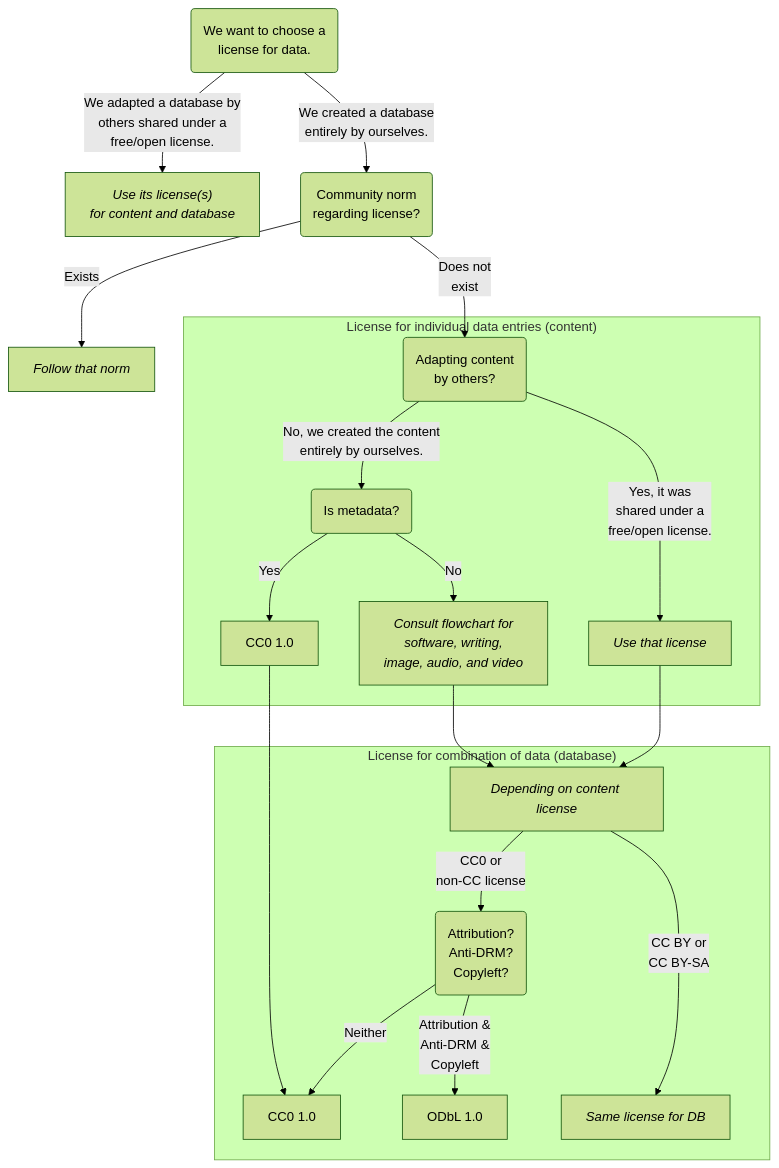
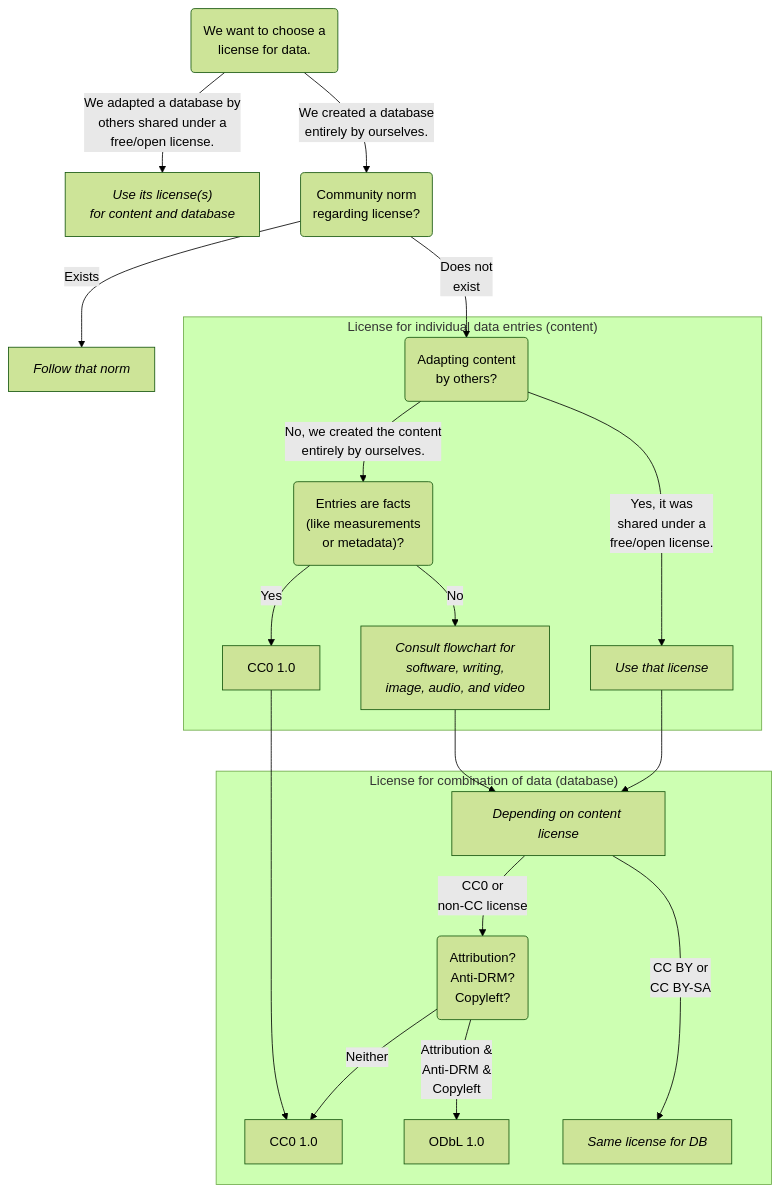
One commit to lmu-osc/code-publishing-short changed the third of 3 diagrams in choose_license.qmd. Above: the diagram before and after it, drawn with Mermaid (forest theme). The commit also changed other lines of this file and 1 other file, not shown here.

````diff
--- a/choose_license.qmd
+++ b/choose_license.qmd
@@ -368,34 +368,34 @@
 ```{mermaid}
 flowchart TB
   start("We want to choose a<br>license for data.") --"We adapted a database by<br>others shared under a<br>free/open license."--> use_existing_license_db["<em>Use its license(s)<br>for content and database</em>"]
   start --"We created a database<br>entirely by ourselves."--> norm("Community norm<br>regarding license?")
   
   norm --"Exists"--> follow_existing_norms["<em>Follow that norm</em>"]
   norm --"Does not<br>exist"--> existing_license_content("Adapting content<br> by others?")
   
   subgraph "License for individual data entries (content)"
-  existing_license_content --"No, we created the content<br>entirely by ourselves."--> metadata("Is metadata?")
+  existing_license_content --"No, we created the content<br>entirely by ourselves."--> metadata("Entries are facts<br>(like measurements<br>or metadata)?")
   existing_license_content --"Yes, it was<br>shared under a<br>free/open license."--> use_existing_license_content["<em>Use that license</em>"]
   metadata --"Yes"--> cc0_content_metadata["CC0 1.0"]
   metadata --"No"--> choose_license["<em>Consult flowchart for<br>software, writing,<br>image, audio, and video</em>"]
   end
   
   subgraph "License for combination of data (database)"
   choose_license --> switch_license["<em>Depending on content license</em>"]
   use_existing_license_content --> switch_license
   
   cc0_content_metadata --> cc0_db["CC0 1.0"]
   switch_license --"CC0 or<br>non-CC license"--> sa("Attribution?<br>Anti-DRM?<br>Copyleft?")
   switch_license --"CC BY or<br>CC BY-SA"--> same["<em>Same license for DB</em>"]
   
   sa --"Neither"--> cc0_db
   sa --"Attribution &<br>Anti-DRM &<br>Copyleft"--> odbl["ODbL 1.0"]
   
   %% the following link is only added to have terminal nodes on the same level
   sa ~~~ same
   end
   
   click cc0_content_metadata href "https://creativecommons.org/publicdomain/zero/1.0/"
   click cc0_db href "https://creativecommons.org/publicdomain/zero/1.0/"
   click odbl href "https://opendatacommons.org/licenses/odbl/summary/"
 ```
````
